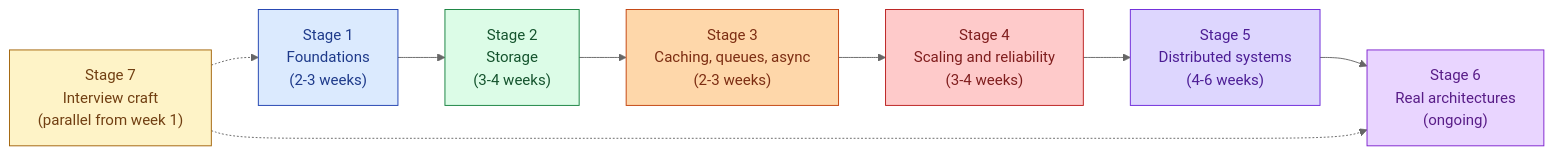
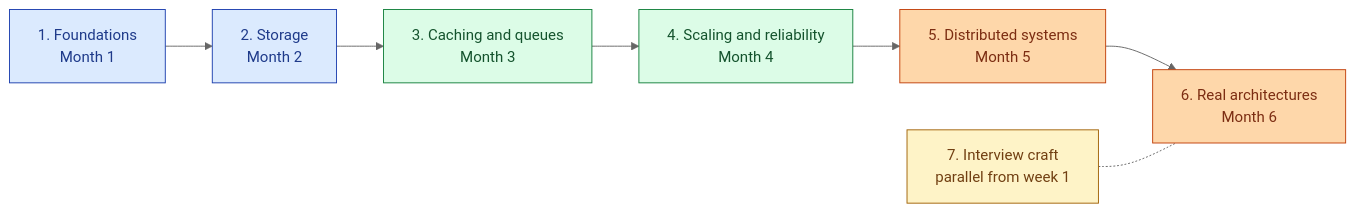
Before and after one commit to shiningflash/shiningflash.github.io: the first of 8 diagrams in practice/system-design/roadmap.md, drawn with Mermaid (neutral theme). The commit also changed other lines of this file, not shown here.

First line of the commit message:
Rewrite system design roadmap with humanity + visualization

````diff
--- a/practice/system-design/roadmap.md
+++ b/practice/system-design/roadmap.md
@@ -33,22 +35,18 @@
 ```mermaid
 flowchart LR
-    S1["Stage 1<br/>Foundations<br/>(2-3 weeks)"]:::s1
-    S2["Stage 2<br/>Storage<br/>(3-4 weeks)"]:::s2
-    S3["Stage 3<br/>Caching, queues, async<br/>(2-3 weeks)"]:::s3
-    S4["Stage 4<br/>Scaling and reliability<br/>(3-4 weeks)"]:::s4
-    S5["Stage 5<br/>Distributed systems<br/>(4-6 weeks)"]:::s5
-    S6["Stage 6<br/>Real architectures<br/>(ongoing)"]:::s6
-    S7["Stage 7<br/>Interview craft<br/>(parallel from week 1)"]:::s7
+    S1[1. Foundations<br/>Month 1]:::a
+    S2[2. Storage<br/>Month 2]:::a
+    S3[3. Caching and queues<br/>Month 3]:::b
+    S4[4. Scaling and reliability<br/>Month 4]:::b
+    S5[5. Distributed systems<br/>Month 5]:::c
+    S6[6. Real architectures<br/>Month 6]:::c
+    S7[7. Interview craft<br/>parallel from week 1]:::d
 
     S1 --> S2 --> S3 --> S4 --> S5 --> S6
-    S7 -.-> S1
-    S7 -.-> S6
+    S7 -.- S6
 
-    classDef s1 fill:#dbeafe,stroke:#1e40af,color:#1e3a8a
-    classDef s2 fill:#dcfce7,stroke:#15803d,color:#14532d
-    classDef s3 fill:#fed7aa,stroke:#c2410c,color:#7c2d12
-    classDef s4 fill:#fecaca,stroke:#b91c1c,color:#7f1d1d
-    classDef s5 fill:#ddd6fe,stroke:#6d28d9,color:#4c1d95
-    classDef s6 fill:#e9d5ff,stroke:#7e22ce,color:#581c87
-    classDef s7 fill:#fef3c7,stroke:#a16207,color:#713f12
+    classDef a fill:#dbeafe,stroke:#1e40af,color:#1e3a8a
+    classDef b fill:#dcfce7,stroke:#15803d,color:#14532d
+    classDef c fill:#fed7aa,stroke:#c2410c,color:#7c2d12
+    classDef d fill:#fef3c7,stroke:#a16207,color:#713f12
 ```
````
